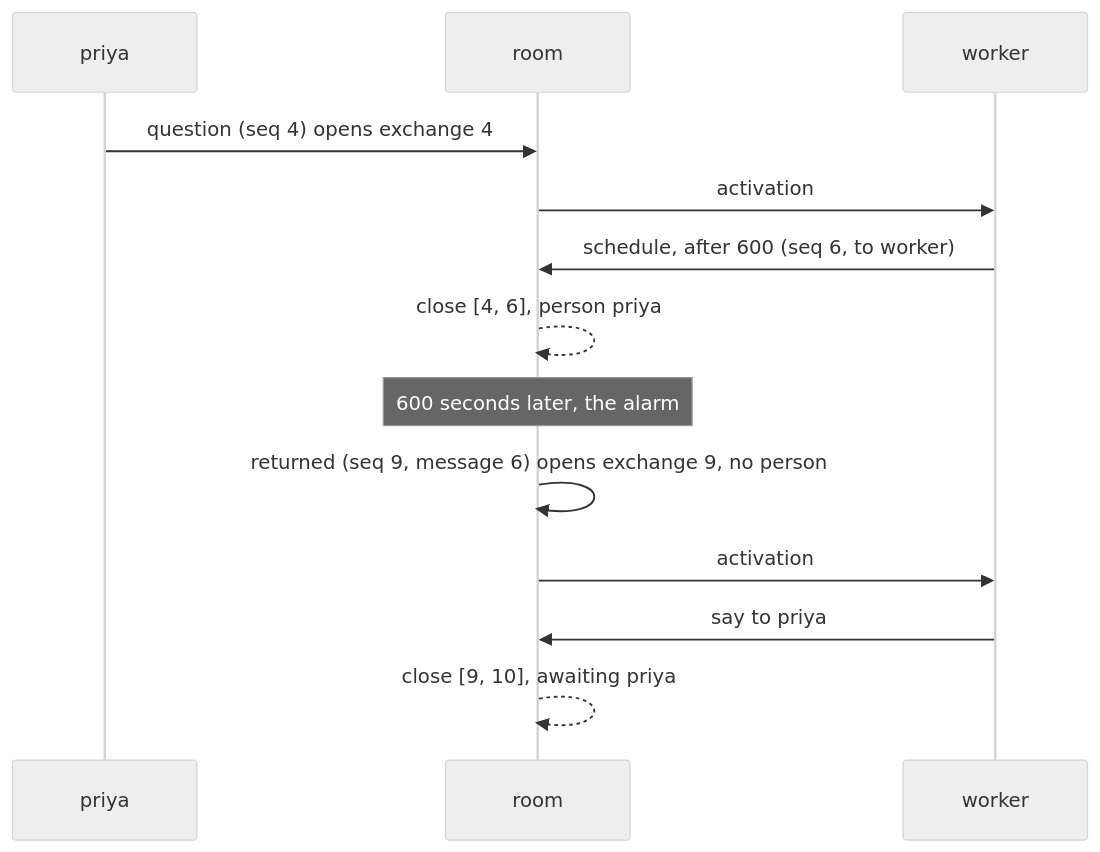
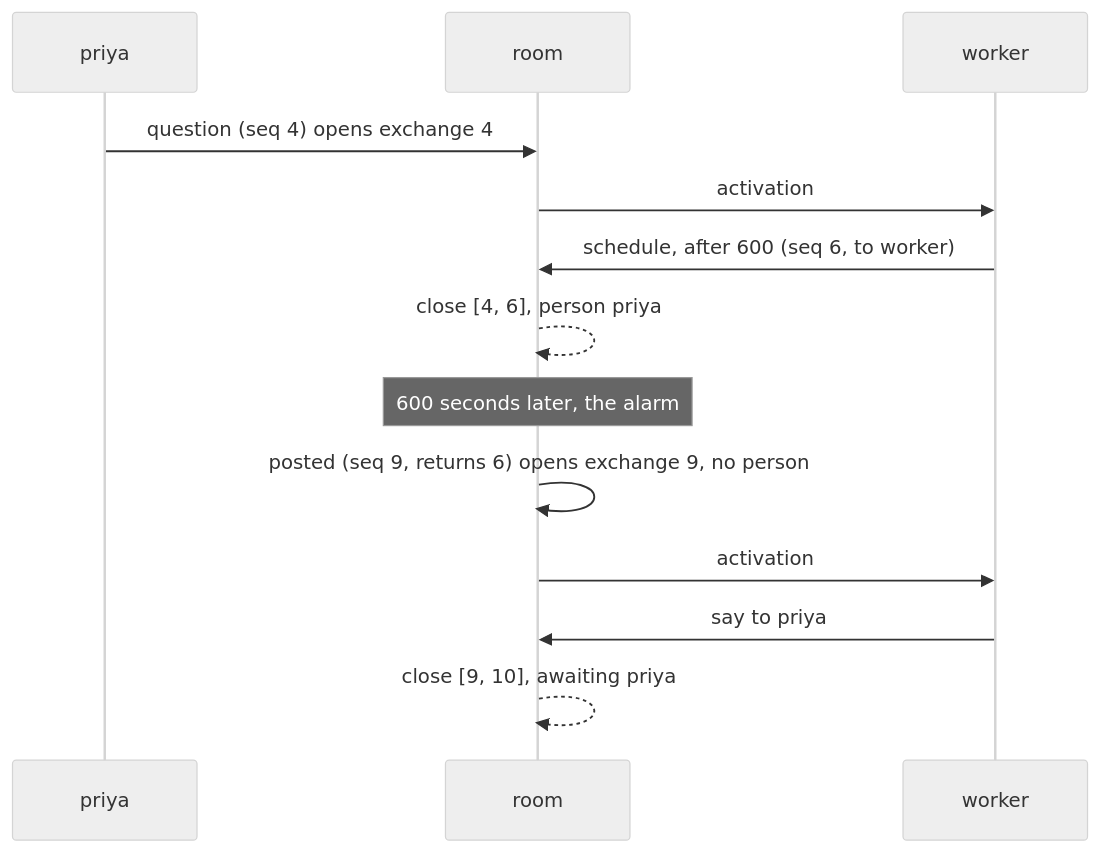
The second of 2 diagrams in docs/exchange.md (ambionframework/ambion), drawn with Mermaid (neutral theme) before and after one commit. The commit also changed other lines of this file and 54 other files, not shown here.

````diff
--- a/docs/exchange.md
+++ b/docs/exchange.md
@@ -99,15 +100,15 @@
 ```mermaid
 sequenceDiagram
     participant P as priya
     participant R as room
     participant W as worker
     P->>R: question (seq 4) opens exchange 4
     R->>W: activation
     W->>R: schedule, after 600 (seq 6, to worker)
     R-->>R: close [4, 6], person priya
     Note over R: 600 seconds later, the alarm
-    R->>R: returned (seq 9, message 6) opens exchange 9, no person
+    R->>R: posted (seq 9, returns 6) opens exchange 9, no person
     R->>W: activation
     W->>R: say to priya
     R-->>R: close [9, 10], awaiting priya
 ```
````
